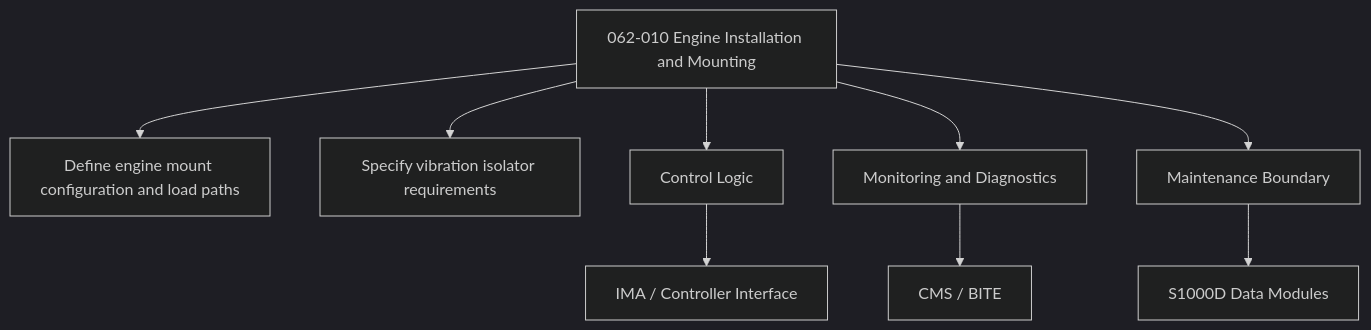
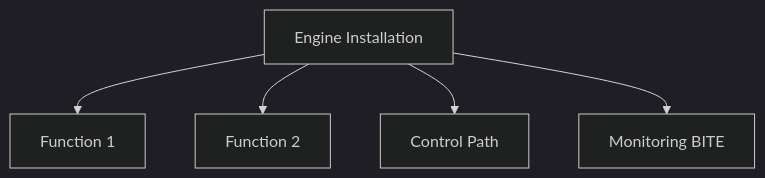
One commit to AmedeoPelliccia/Qplus-For-All-Queer-People-and-Quantum changed the second of 2 diagrams in Q+ATLANTIDE/000-099_ATLAS/060-069_Propulsion-Tradicional/062_Power-Plant/062-010-Engine-Installation-and-Mounting.md. Above: the diagram before and after it, drawn with Mermaid (dark theme). The commit also changed other lines of this file and 74 other files, not shown here.

````diff
--- a/Q+ATLANTIDE/000-099_ATLAS/060-069_Propulsion-Tradicional/062_Power-Plant/062-010-Engine-Installation-and-Mounting.md
+++ b/Q+ATLANTIDE/000-099_ATLAS/060-069_Propulsion-Tradicional/062_Power-Plant/062-010-Engine-Installation-and-Mounting.md
@@ -172,11 +98,7 @@
 ```mermaid
 flowchart TB
-    SYS[062-010 Engine Installation and Mounting] --> F1[Define engine mount configuration and load paths]
-    SYS --> F2[Specify vibration isolator requirements]
-    SYS --> CTRL[Control Logic]
-    SYS --> MON[Monitoring and Diagnostics]
-    SYS --> MAINT[Maintenance Boundary]
-    CTRL --> IMA[IMA / Controller Interface]
-    MON --> CMS[CMS / BITE]
-    MAINT --> CSDB[S1000D Data Modules]
+    SYS[Engine Installation ] --> F1[Function 1]
+    SYS --> F2[Function 2]
+    SYS --> CTRL[Control Path]
+    SYS --> MON[Monitoring BITE]
 ```
````
